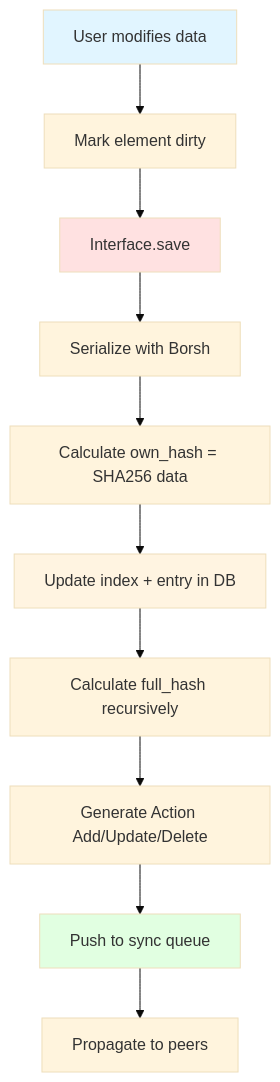
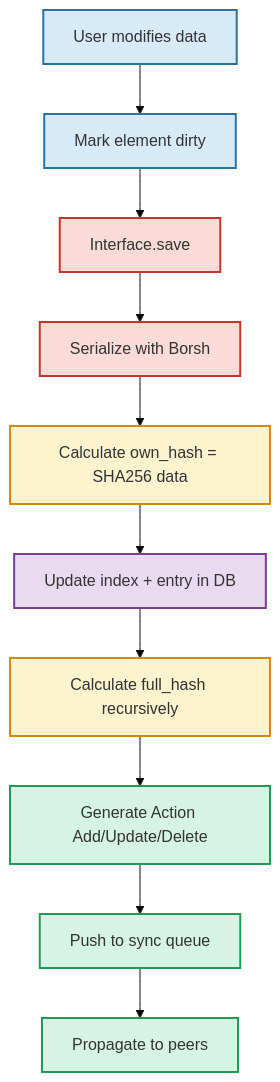
One commit to calimero-network/core changed the sixth of 9 diagrams in crates/storage/README.md. Above: the diagram before and after it, drawn with Mermaid (base theme). The commit also changed other lines of this file, not shown here.

First line of the commit message:
docs(storage): improve diagram color schemes for readability

````diff
--- a/crates/storage/README.md
+++ b/crates/storage/README.md
@@ -221,17 +230,23 @@
 ```mermaid
 flowchart TD
     A[User modifies data] --> B[Mark element dirty]
     B --> C[Interface.save]
     C --> D[Serialize with Borsh]
     D --> E[Calculate own_hash = SHA256 data]
     E --> F[Update index + entry in DB]
     F --> G[Calculate full_hash recursively]
     G --> H[Generate Action Add/Update/Delete]
     H --> I[Push to sync queue]
     I --> J[Propagate to peers]
     
-    style A fill:#e1f5ff
-    style C fill:#ffe1e1
-    style F fill:#fff4e1
-    style I fill:#e1ffe1
+    style A fill:#D6EAF8,stroke:#2874A6,stroke-width:2px
+    style B fill:#D6EAF8,stroke:#2874A6,stroke-width:2px
+    style C fill:#FADBD8,stroke:#C0392B,stroke-width:2px
+    style D fill:#FADBD8,stroke:#C0392B,stroke-width:2px
+    style E fill:#FCF3CF,stroke:#D68910,stroke-width:2px
+    style F fill:#E8DAEF,stroke:#7D3C98,stroke-width:2px
+    style G fill:#FCF3CF,stroke:#D68910,stroke-width:2px
+    style H fill:#D5F4E6,stroke:#229954,stroke-width:2px
+    style I fill:#D5F4E6,stroke:#229954,stroke-width:2px
+    style J fill:#D5F4E6,stroke:#229954,stroke-width:2px
 ```
````
